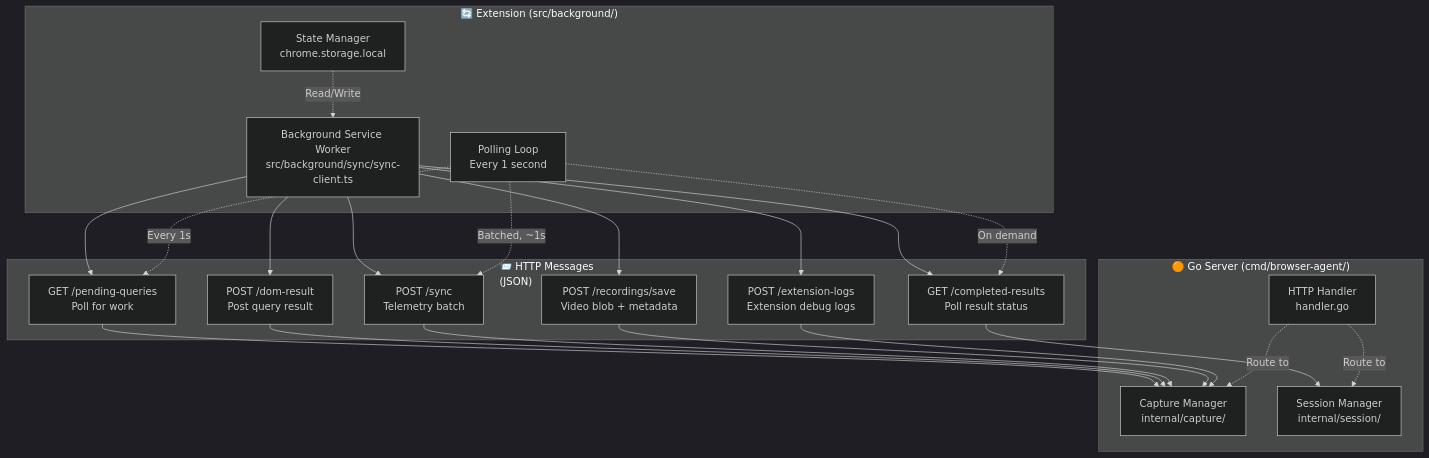
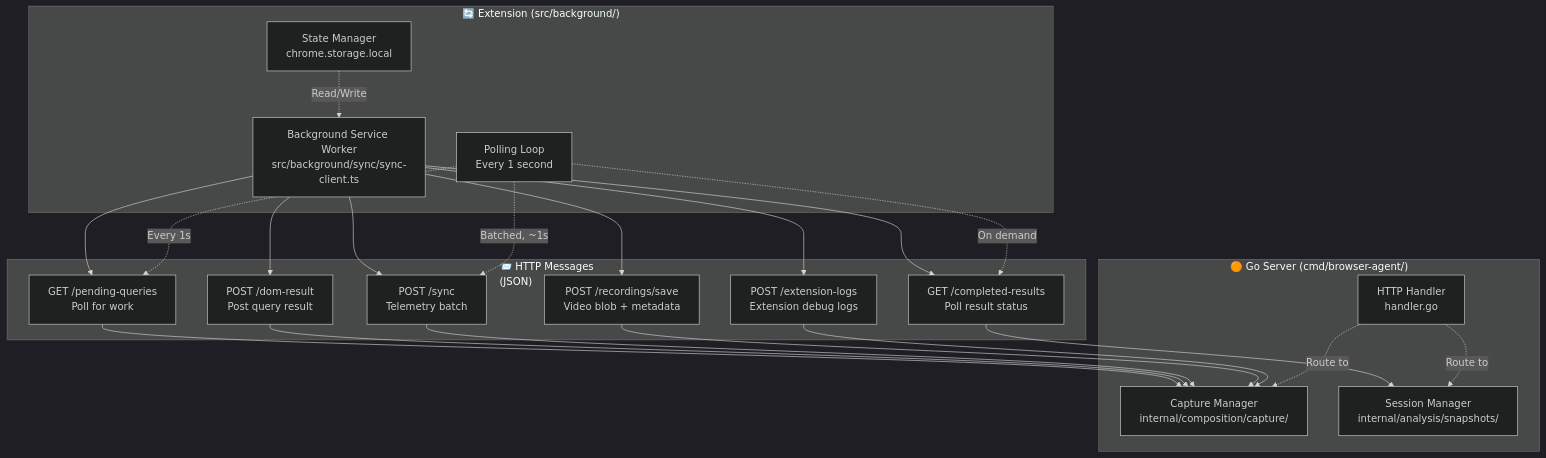
The first of 2 diagrams in docs/architecture/diagrams/extension-message-protocol.md (brennhill/Kaboom-Browser-AI-Devtools-MCP), drawn with Mermaid (dark theme) before and after one commit. The commit also changed other lines of this file and 2067 other files, not shown here.

````diff
--- a/docs/architecture/diagrams/extension-message-protocol.md
+++ b/docs/architecture/diagrams/extension-message-protocol.md
@@ -19,45 +19,45 @@
 ```mermaid
 graph TB
     subgraph Extension["🔄 Extension (src/background/)"]
         BGSync["Background Service Worker<br/>src/background/sync/sync-client.ts"]
         BGPoll["Polling Loop<br/>Every 1 second"]
         BGState["State Manager<br/>chrome.storage.local"]
     end
 
     subgraph Server["🟠 Go Server (cmd/browser-agent/)"]
         Handler["HTTP Handler<br/>handler.go"]
-        Capture["Capture Manager<br/>internal/capture/"]
-        Session["Session Manager<br/>internal/session/"]
+        Capture["Capture Manager<br/>internal/composition/capture/"]
+        Session["Session Manager<br/>internal/analysis/snapshots/"]
     end
 
     subgraph Messages["📨 HTTP Messages<br/>(JSON)"]
         PendingQuery["GET /pending-queries<br/>Poll for work"]
         DOMResult["POST /dom-result<br/>Post query result"]
         QueryStatus["GET /completed-results<br/>Poll result status"]
         SyncBatch["POST /sync<br/>Telemetry batch"]
         RecordingSave["POST /recordings/save<br/>Video blob + metadata"]
         ExtLog["POST /extension-logs<br/>Extension debug logs"]
     end
 
     BGSync --> PendingQuery
     BGSync --> DOMResult
     BGSync --> QueryStatus
     BGSync --> SyncBatch
     BGSync --> RecordingSave
     BGSync --> ExtLog
 
     PendingQuery --> Capture
     DOMResult --> Capture
     QueryStatus --> Session
     SyncBatch --> Capture
     RecordingSave --> Capture
     ExtLog --> Capture
 
     BGPoll -.->|Every 1s| PendingQuery
     BGPoll -.->|Batched, ~1s| SyncBatch
     BGPoll -.->|On demand| QueryStatus
 
     BGState -.->|Read/Write| BGSync
     Handler -.->|Route to| Capture
     Handler -.->|Route to| Session
 ```
````
